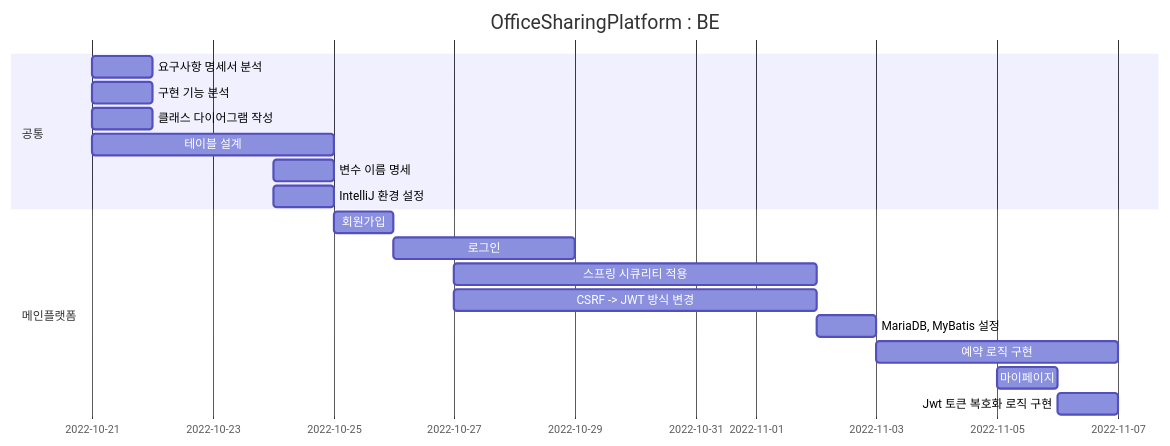
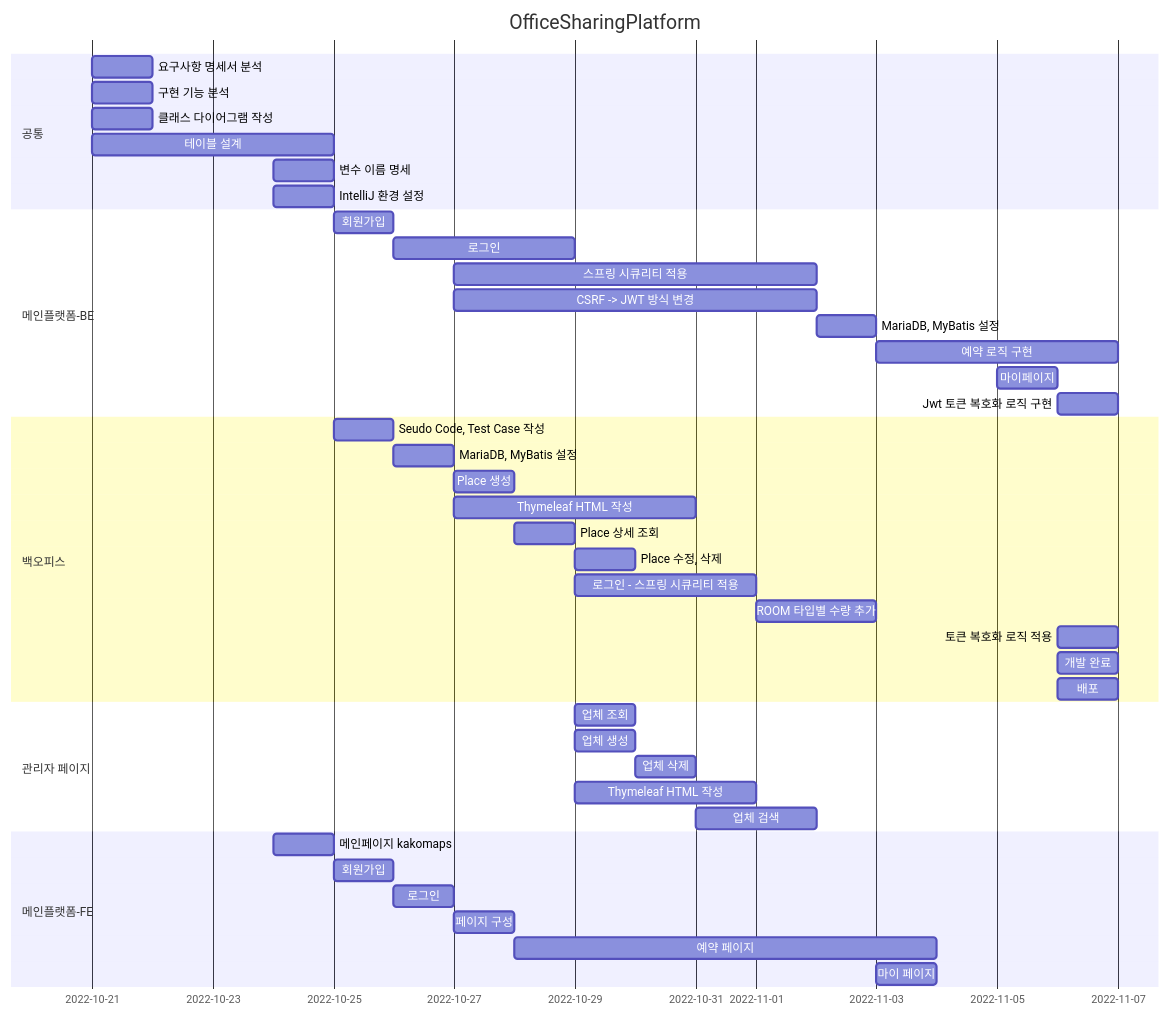
One commit to Hell-O-Demon-World/semi-OfficeSharingPlatform changed the diagram in README.md. Above: the diagram before and after it, drawn with Mermaid. The commit also changed other lines of this file, not shown here.

Commit message:
update : README

````diff
--- a/README.md
+++ b/README.md
@@ -11,25 +11,52 @@
 ```mermaid
 gantt
 dateFormat MM-DD
-title OfficeSharingPlatform : BE
+title OfficeSharingPlatform
 
     section 공통
     요구사항 명세서 분석      :chap1, 10-21, 1d
     구현 기능 분석          :chap2, 10-21, 1d
     클래스 다이어그램 작성    :chap3, 10-21, 1d
     테이블 설계            :chap4, 10-21, 4d
     변수 이름 명세          :chap5, 10-24, 1d
     IntelliJ 환경 설정     :chap6, 10-24, 1d
 
-    section 메인플랫폼
+    section 메인플랫폼-BE
     회원가입                :chap1, 10-25, 1d
     로그인                 :chap2, 10-26, 3d
     스프링 시큐리티 적용       :chap3, 10-27, 6d
     CSRF -> JWT 방식 변경   :chap4, 10-27, 6d
     MariaDB, MyBatis 설정  :chap5, 11-02, 1d
     예약 로직 구현           :chap6, 11-03, 4d
     마이페이지               :chap7, 11-05, 1d
     Jwt 토큰 복호화 로직 구현  :chap8, 11-06, 1d
 
+    section 백오피스
+    Seudo Code, Test Case 작성    :chap1, 10-25, 1d
+    MariaDB, MyBatis 설정         :chap2, 10-26, 1d
+    Place 생성                    :chap3, 10-27, 1d
+    Thymeleaf HTML 작성           :chap4, 10-27, 4d
+    Place 상세 조회                :chap5, 10-28, 1d
+    Place 수정, 삭제               :chap6, 10-29, 1d
+    로그인 - 스프링 시큐리티 적용       :chap7, 10-29, 3d
+    ROOM 타입별 수량 추가            :chap8, 11-01, 2d
+    토큰 복호화 로직 적용             :chap9, 11-06, 1d
+    개발 완료                      :chap10, 11-06, 1d
+    배포                          :chap11, 11-06, 1d
+
+    section 관리자 페이지
+    업체 조회              :chap1, 10-29, 1d
+    업체 생성              :chap2, 10-29, 1d
+    업체 삭제              :chap3, 10-30, 1d
+    Thymeleaf HTML 작성   :chap4, 10-29, 3d
+    업체 검색              :chap5, 10-31, 2d
+
+    section 메인플랫폼-FE
+    메인페이지 kakomaps     : chap1, 10-24, 1d
+    회원가입                :chap2, 10-25, 1d
+    로그인                 :chap3, 10-26, 1d
+    페이지 구성            :chap4, 10-27, 1d
+    예약 페이지            :chap5, 10-28, 7d
+    마이 페이지            :chap6, 11-03, 1d
 
 ```
````
